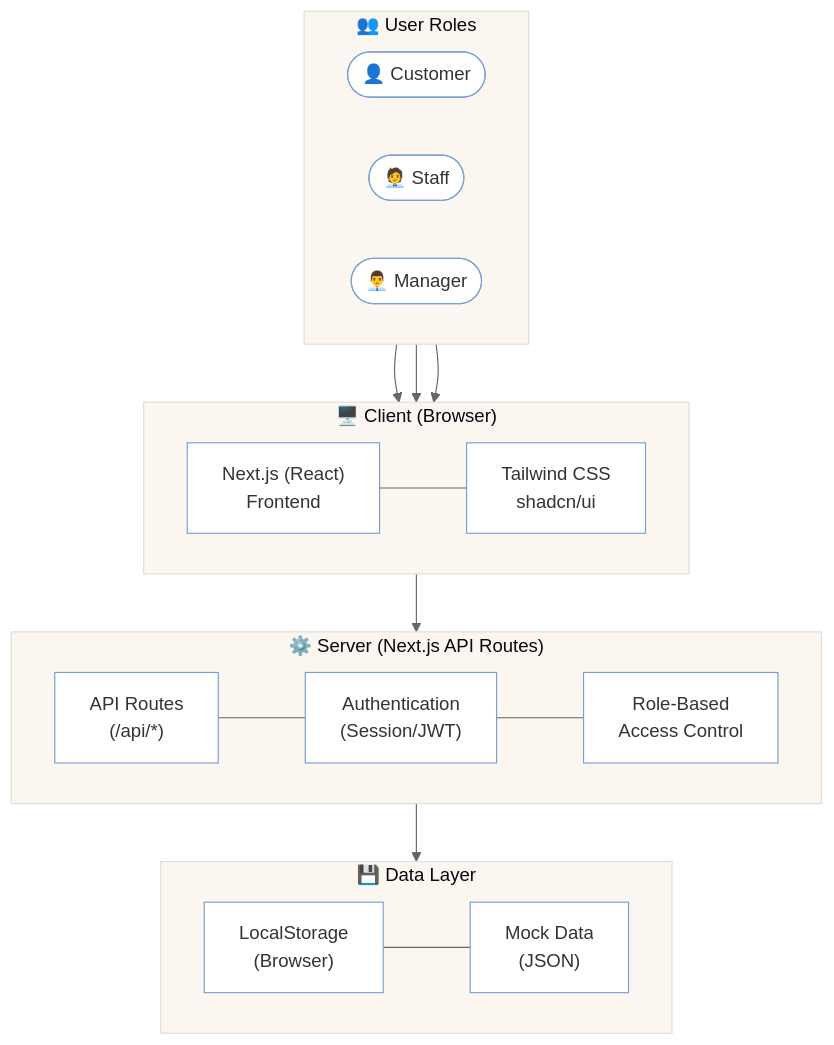
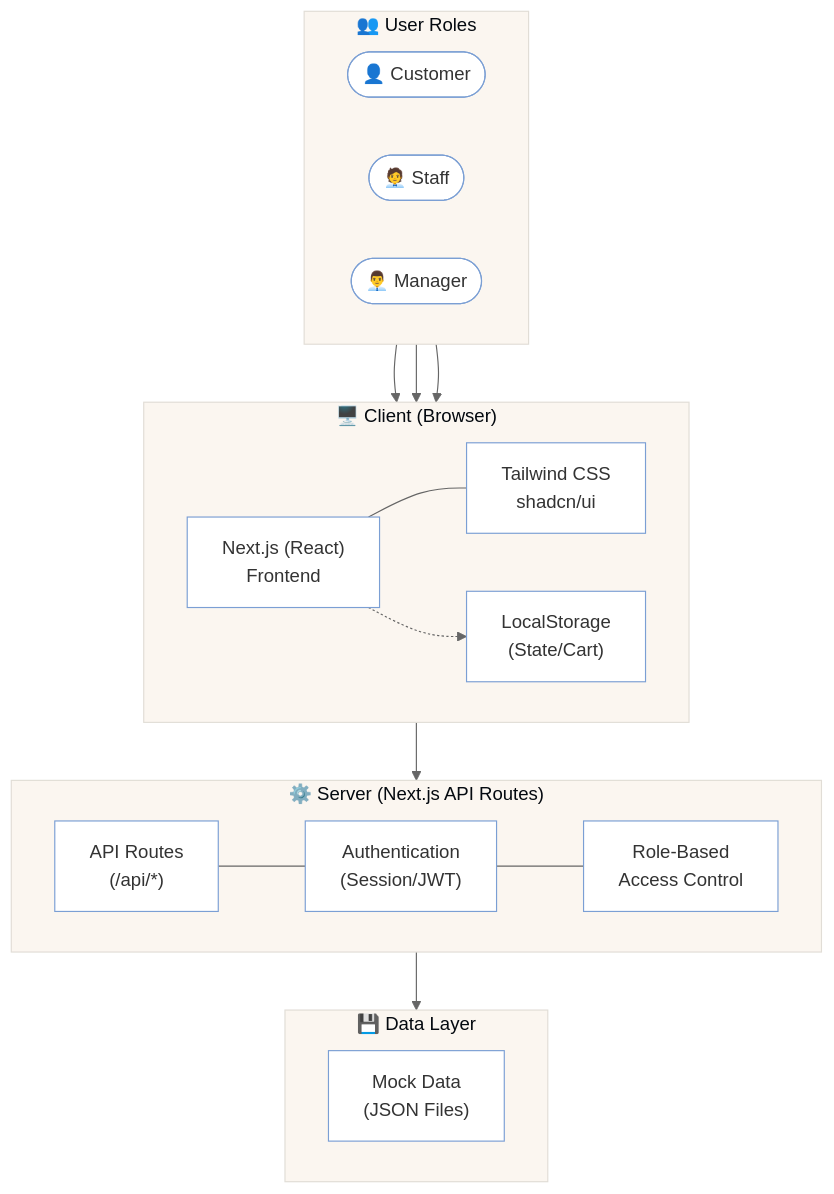
The eighth of 8 diagrams in README.md (ArGusmumumimi/PC-Center-), drawn with Mermaid before and after one commit. The commit also changed other lines of this file and 93 other files, not shown here.

````diff
--- a/README.md
+++ b/README.md
@@ -699,37 +641,37 @@
 ```mermaid
 %%{init: {'theme': 'base', 'themeVariables': {'primaryColor': '#dce6f5', 'primaryTextColor': '#333', 'primaryBorderColor': '#7b9fd4', 'lineColor': '#666', 'background': '#ffffff', 'mainBkg': '#ffffff'}}}%%
 flowchart TB
     subgraph Client["🖥️ Client (Browser)"]
         direction LR
         NEXT["Next.js (React)\nFrontend"]
         TW["Tailwind CSS\nshadcn/ui"]
+        LS["LocalStorage\n(State/Cart)"]
     end
 
     subgraph Server["⚙️ Server (Next.js API Routes)"]
         direction LR
         API["API Routes\n(/api/*)"]
         AUTH["Authentication\n(Session/JWT)"]
         RBAC["Role-Based\nAccess Control"]
     end
 
     subgraph Data["💾 Data Layer"]
         direction LR
-        LS["LocalStorage\n(Browser)"]
-        MOCK["Mock Data\n(JSON)"]
+        MOCK["Mock Data\n(JSON Files)"]
     end
 
     subgraph Roles["👥 User Roles"]
         direction LR
         R1(["👤 Customer"])
         R2(["🧑‍💼 Staff"])
         R3(["👨‍💼 Manager"])
     end
 
     R1 & R2 & R3 --> Client
     Client --> Server
     Server --> Data
     NEXT --- TW
+    NEXT -.-> LS
     API --- AUTH
     AUTH --- RBAC
-    LS --- MOCK
 ```
````
